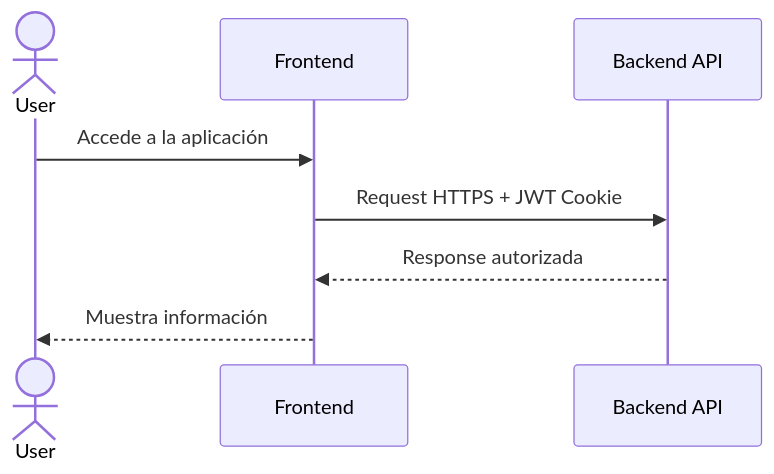
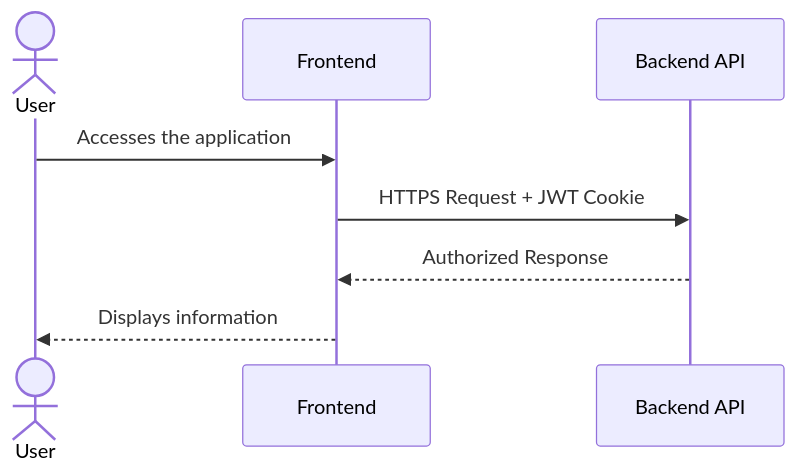
The first of 4 diagrams in src/components/projects/markdown/supplier-due-diligence/en/arquitecture.md (JexUgaz/my-portfolio), drawn with Mermaid before and after one commit. The commit also changed other lines of this file and 14 other files, not shown here.

````diff
--- a/src/components/projects/markdown/supplier-due-diligence/en/arquitecture.md
+++ b/src/components/projects/markdown/supplier-due-diligence/en/arquitecture.md
@@ -9,12 +9,12 @@
 ```mermaid
 sequenceDiagram
 
     actor User
     participant Frontend
     participant API as Backend API
 
-    User->>Frontend: Accede a la aplicación
-    Frontend->>API: Request HTTPS + JWT Cookie
-    API-->>Frontend: Response autorizada
-    Frontend-->>User: Muestra información
+    User->>Frontend: Accesses the application
+    Frontend->>API: HTTPS Request + JWT Cookie
+    API-->>Frontend: Authorized Response
+    Frontend-->>User: Displays information
 ```
````
